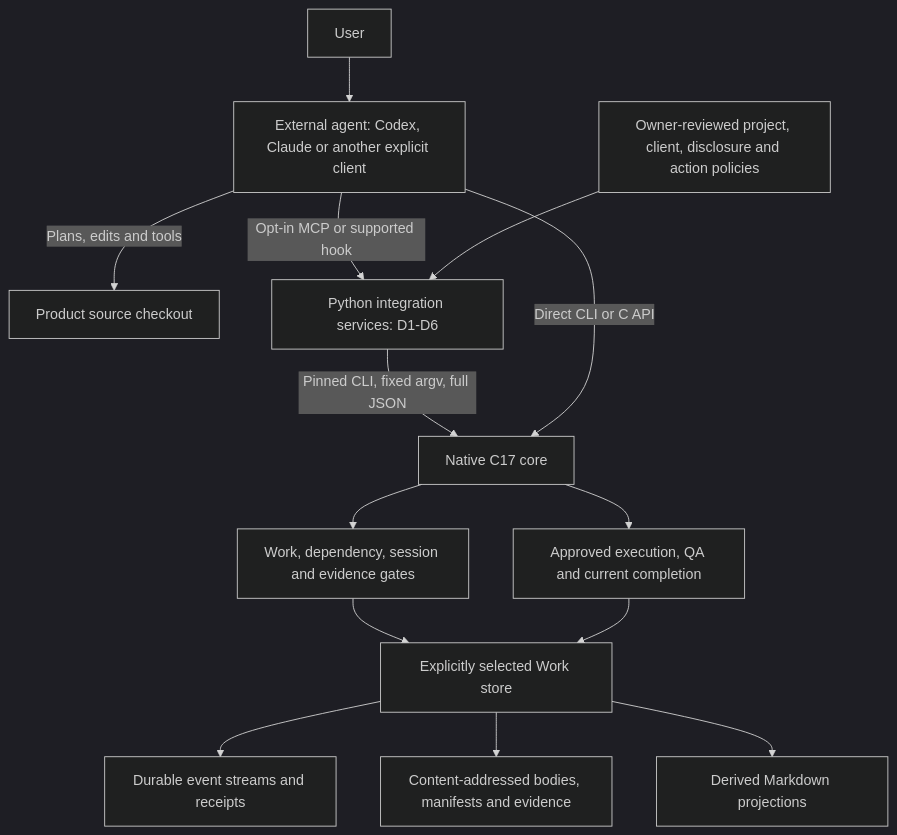
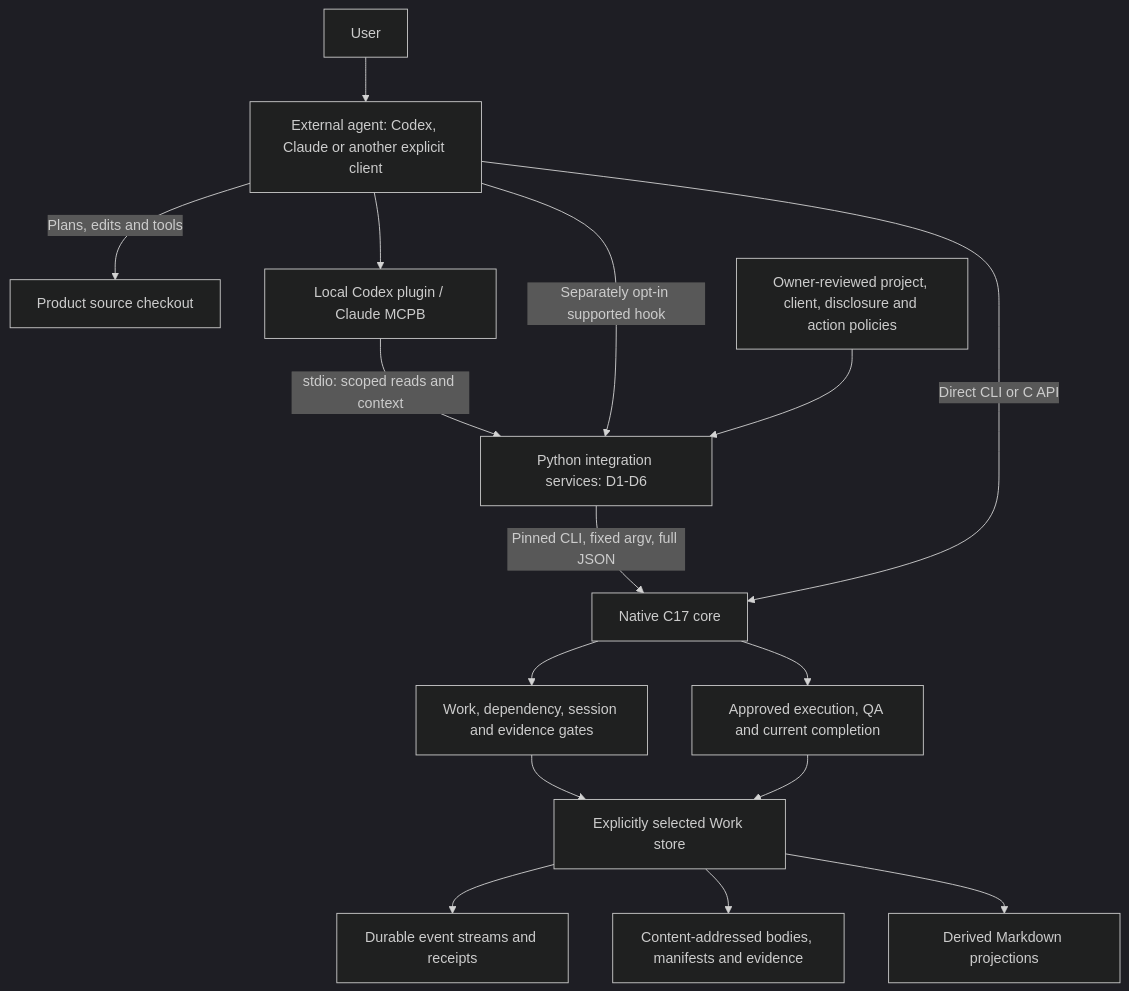
The first of 3 diagrams in docs/architecture.md (seadonggyun4/Golem), drawn with Mermaid (dark theme) before and after one commit. The commit also changed other lines of this file and 8 other files, not shown here.

Commit message:
Document local Codex plugin setup and verified MCP client paths

````diff
--- a/docs/architecture.md
+++ b/docs/architecture.md
@@ -27,16 +29,18 @@
 ```mermaid
 flowchart TD
     U["User"] --> A["External agent: Codex, Claude or another explicit client"]
     A -->|"Plans, edits and tools"| P["Product source checkout"]
-    A -->|"Opt-in MCP or supported hook"| I["Python integration services: D1-D6"]
+    A --> L["Local Codex plugin / Claude MCPB"]
+    L -->|"stdio: scoped reads and context"| I["Python integration services: D1-D6"]
+    A -->|"Separately opt-in supported hook"| I
     O["Owner-reviewed project, client, disclosure and action policies"] --> I
     I -->|"Pinned CLI, fixed argv, full JSON"| C["Native C17 core"]
     A -->|"Direct CLI or C API"| C
     C --> W["Work, dependency, session and evidence gates"]
     C --> E["Approved execution, QA and current completion"]
     W --> S["Explicitly selected Work store"]
     E --> S
     S --> J["Durable event streams and receipts"]
     S --> B["Content-addressed bodies, manifests and evidence"]
     S --> M["Derived Markdown projections"]
 ```
````
